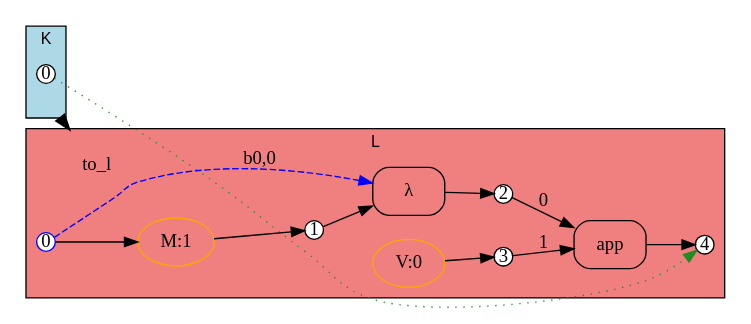
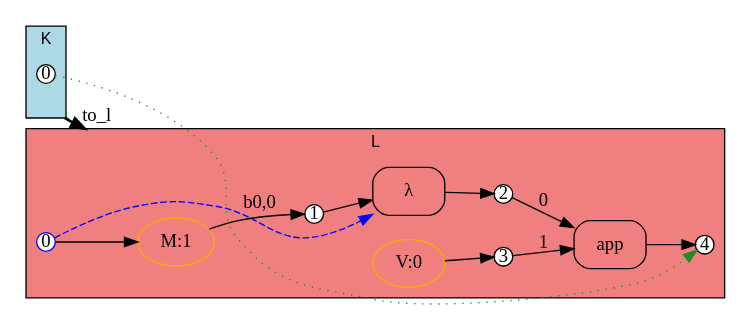
One commit to ammatsui/bhypvis changed the diagram in crates/bhyp/images/test_example_beta_rule_instance_v_to_lambda_x_tx/rule_span_before_instantiation_to_l.dot. Above: the diagram before and after it, drawn with Graphviz. The commit also changed other lines of this file and 738 other files, not shown here.

```diff
--- a/crates/bhyp/images/test_example_beta_rule_instance_v_to_lambda_x_tx/rule_span_before_instantiation_to_l.dot
+++ b/crates/bhyp/images/test_example_beta_rule_instance_v_to_lambda_x_tx/rule_span_before_instantiation_to_l.dot
@@ -1,52 +1,52 @@
 digraph Morphism {
   fontname="Helvetica"
   fontsize=12
   rankdir=LR;
   compound=true;
   newrank=true;
 
   subgraph cluster_domain {
     label="K";
     style=filled;
     fillcolor="lightblue";
     fontname="Helvetica";
     fontsize=12;
 
     dom_n0 [label="0", shape=circle, style=filled, fillcolor=white, color="black", width=0.2, height=0.2, fixedsize=true];
     dom_anchor [shape=point, width=0, height=0, style=invis];
   }
 
   subgraph cluster_codomain {
     label="L";
     style=filled;
     fillcolor="lightcoral";
     fontname="Helvetica";
     fontsize=12;
 
-    cod_n0 [label="0", shape=circle, style=filled, fillcolor=white, color="blue", width=0.2, height=0.2, fixedsize=true];
     cod_n2 [label="2", shape=circle, style=filled, fillcolor=white, color="black", width=0.2, height=0.2, fixedsize=true];
     cod_n3 [label="3", shape=circle, style=filled, fillcolor=white, color="black", width=0.2, height=0.2, fixedsize=true];
+    cod_n0 [label="0", shape=circle, style=filled, fillcolor=white, color="blue", width=0.2, height=0.2, fixedsize=true];
     cod_n4 [label="4", shape=circle, style=filled, fillcolor=white, color="black", width=0.2, height=0.2, fixedsize=true];
     cod_n1 [label="1", shape=circle, style=filled, fillcolor=white, color="black", width=0.2, height=0.2, fixedsize=true];
+    cod_e2 [label="V:0", shape=ellipse, style=rounded, color="orange"];
+    cod_e1 [label="λ", shape=box, style=rounded, color="black"];
     cod_e0 [label="M:1", shape=ellipse, style=rounded, color="orange"];
-    cod_e1 [label="λ", shape=box, style=rounded, color="black"];
     cod_e3 [label="app", shape=box, style=rounded, color="black"];
-    cod_e2 [label="V:0", shape=ellipse, style=rounded, color="orange"];
-    cod_n0 -> cod_e0 [label=""];
-    cod_e0 -> cod_n1 [label=""];
+    cod_e2 -> cod_n3 [label=""];
     cod_n1 -> cod_e1 [label=""];
     cod_n0 -> cod_e1 [style=dashed, color="blue", constraint=false, label="b0,0"];
     cod_e1 -> cod_n2 [label=""];
+    cod_n0 -> cod_e0 [label=""];
+    cod_e0 -> cod_n1 [label=""];
     cod_n2 -> cod_e3 [label="0"];
     cod_n3 -> cod_e3 [label="1"];
     cod_e3 -> cod_n4 [label=""];
-    cod_e2 -> cod_n3 [label=""];
     cod_anchor [shape=point, width=0, height=0, style=invis];
   }
 
   // Morphism mappings
   dom_n0 -> cod_n4 [style=dotted, color=forestgreen, constraint=false];
 
   // Cluster-level morphism arrow
   dom_anchor -> cod_anchor [lhead=cluster_codomain, ltail=cluster_domain, style=bold, color=black, label="to_l", penwidth=2];
 }
```
